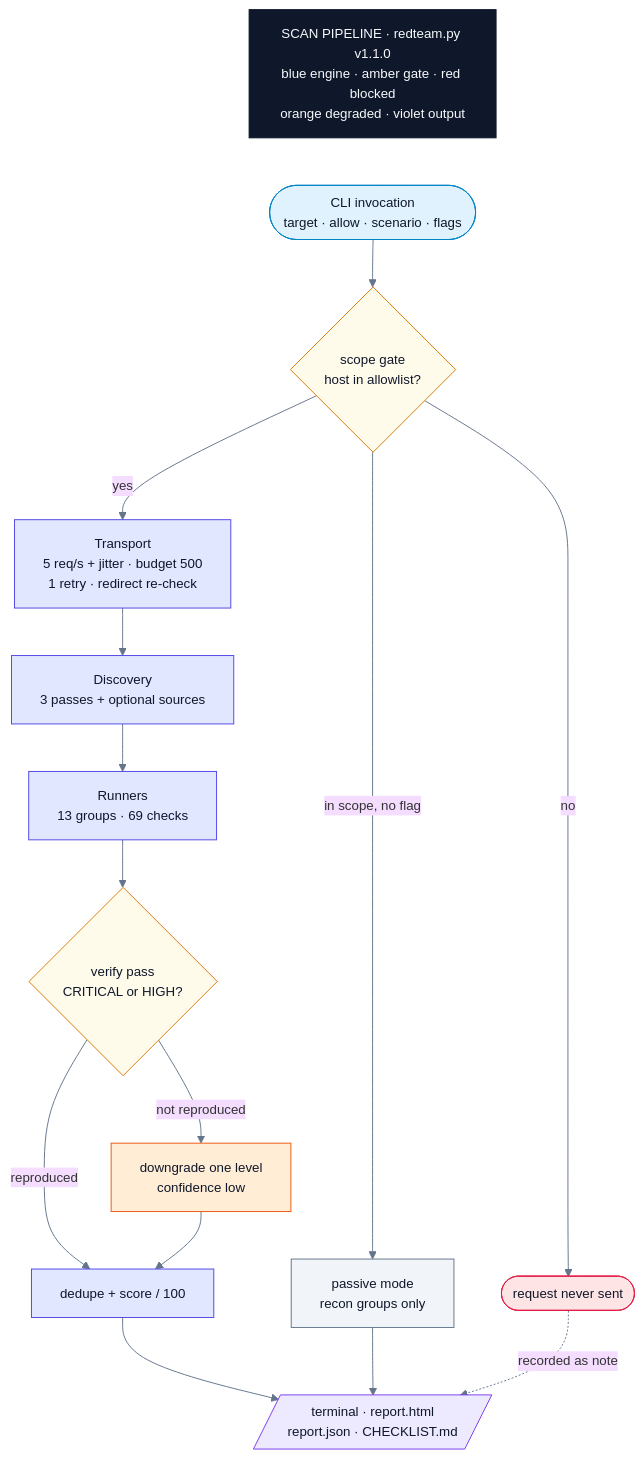
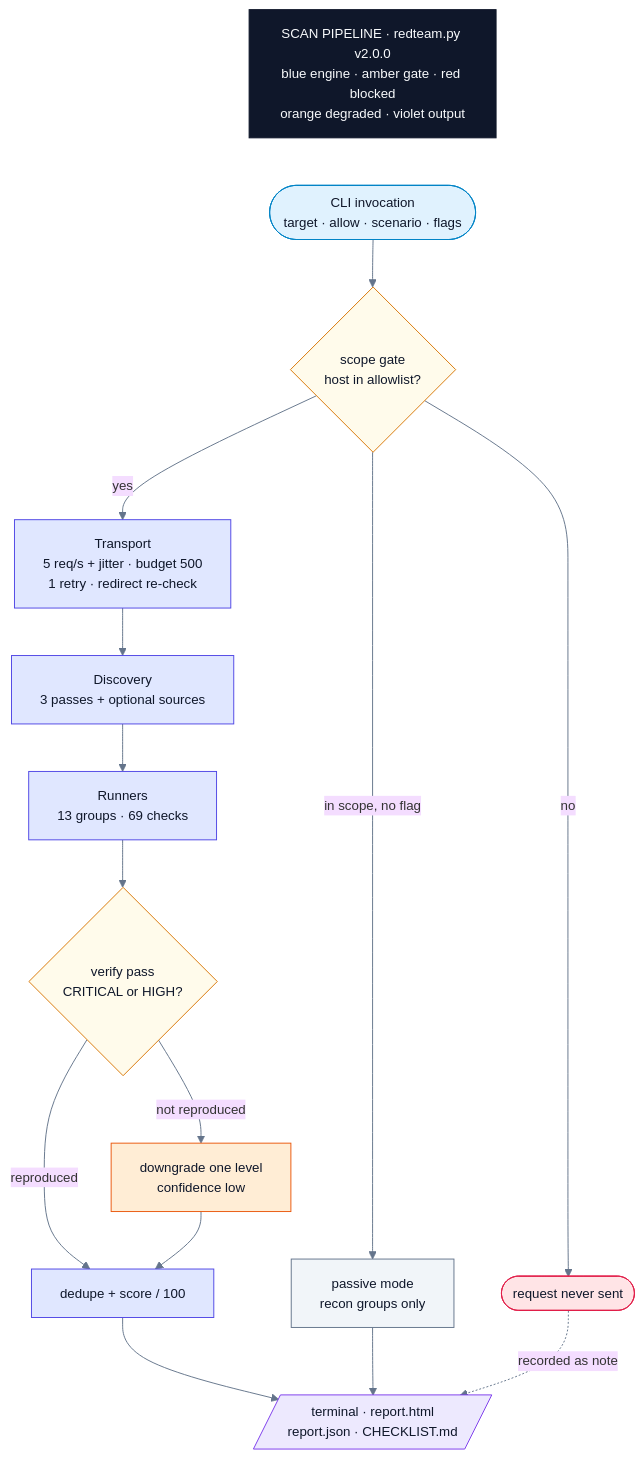
The diagram in README.md (pixie-chan/redqueen), drawn with Mermaid before and after one commit. The commit also changed other lines of this file and 17 other files, not shown here.

````diff
--- a/README.md
+++ b/README.md
@@ -81,30 +81,30 @@
 ```mermaid
 %%{init: {"theme":"base","themeVariables":{"fontFamily":"DejaVu Sans, Helvetica, sans-serif","fontSize":"14px","lineColor":"#64748b","clusterBkg":"#f8fafc","clusterBorder":"#cbd5e1"}}}%%
 flowchart TD
-    T["SCAN PIPELINE · redteam.py v1.1.0<br/>blue engine · amber gate · red blocked<br/>orange degraded · violet output"]:::title ~~~ A(["CLI invocation<br/>target · allow · scenario · flags"]):::cli
+    T["SCAN PIPELINE · redteam.py v2.0.0<br/>blue engine · amber gate · red blocked<br/>orange degraded · violet output"]:::title ~~~ A(["CLI invocation<br/>target · allow · scenario · flags"]):::cli
     A --> G{"scope gate<br/>host in allowlist?"}:::gate
     G -->|no| K(["request never sent"]):::bad
     G -->|"in scope, no flag"| P["passive mode<br/>recon groups only"]:::neutral
     G -->|yes| T2["Transport<br/>5 req/s + jitter · budget 500<br/>1 retry · redirect re-check"]:::engine
     T2 --> D["Discovery<br/>3 passes + optional sources"]:::engine
     D --> R["Runners<br/>13 groups · 69 checks"]:::engine
     R --> V{"verify pass<br/>CRITICAL or HIGH?"}:::gate
     V -->|reproduced| Z["dedupe + score / 100"]:::engine
     V -->|"not reproduced"| DN["downgrade one level<br/>confidence low"]:::warn
     DN --> Z
     Z --> O[/"terminal · report.html<br/>report.json · CHECKLIST.md"/]:::out
     P --> O
     K -.->|"recorded as note"| O
 
     classDef title fill:#0f172a,stroke:#0f172a,color:#f8fafc
     classDef cli fill:#e0f2fe,stroke:#0284c7,color:#0f172a
     classDef engine fill:#e0e7ff,stroke:#4f46e5,color:#0f172a
     classDef gate fill:#fffbeb,stroke:#d97706,color:#0f172a
     classDef good fill:#dcfce7,stroke:#059669,color:#0f172a
     classDef bad fill:#ffe4e6,stroke:#e11d48,color:#0f172a
     classDef warn fill:#ffedd5,stroke:#ea580c,color:#0f172a
     classDef out fill:#ede9fe,stroke:#7c3aed,color:#0f172a
     classDef neutral fill:#f1f5f9,stroke:#64748b,color:#0f172a
     classDef ext fill:#cffafe,stroke:#0891b2,color:#0f172a
     classDef forbidden fill:#ffe4e6,stroke:#e11d48,color:#0f172a,stroke-dasharray:6 4
 ```
````
